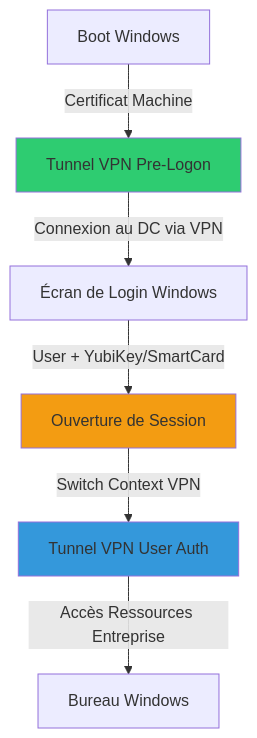
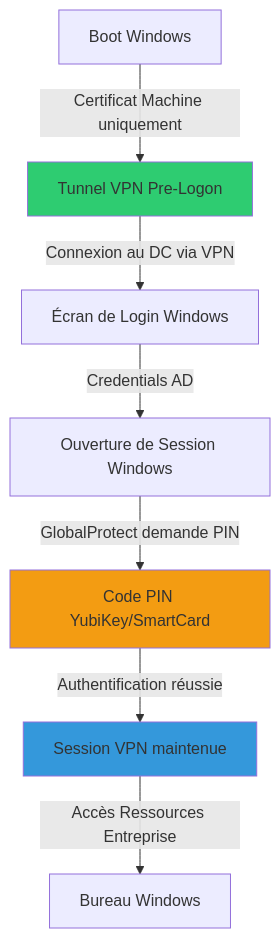
Before and after one commit to VBlackJack/ShellBook: the diagram in docs/formations/ntlite/06-scenario-vpn.md, drawn with Mermaid. The commit also changed other lines of this file, not shown here.

First line of the commit message:
fix(formations): Correct GlobalProtect Pre-Logon authentication flow

````diff
--- a/docs/formations/ntlite/06-scenario-vpn.md
+++ b/docs/formations/ntlite/06-scenario-vpn.md
@@ -23,12 +23,13 @@
 ```mermaid
 graph TD
-    A[Boot Windows] -->|Certificat Machine| B[Tunnel VPN Pre-Logon]
+    A[Boot Windows] -->|Certificat Machine uniquement| B[Tunnel VPN Pre-Logon]
     B -->|Connexion au DC via VPN| C[Écran de Login Windows]
-    C -->|User + YubiKey/SmartCard| D[Ouverture de Session]
-    D -->|Switch Context VPN| E[Tunnel VPN User Auth]
-    E -->|Accès Ressources Entreprise| F[Bureau Windows]
+    C -->|Credentials AD| D[Ouverture de Session Windows]
+    D -->|GlobalProtect demande PIN| E[Code PIN YubiKey/SmartCard]
+    E -->|Authentification réussie| F[Session VPN maintenue]
+    F -->|Accès Ressources Entreprise| G[Bureau Windows]
 
     style B fill:#2ecc71
-    style E fill:#3498db
-    style D fill:#f39c12
+    style E fill:#f39c12
+    style F fill:#3498db
 ```
````
